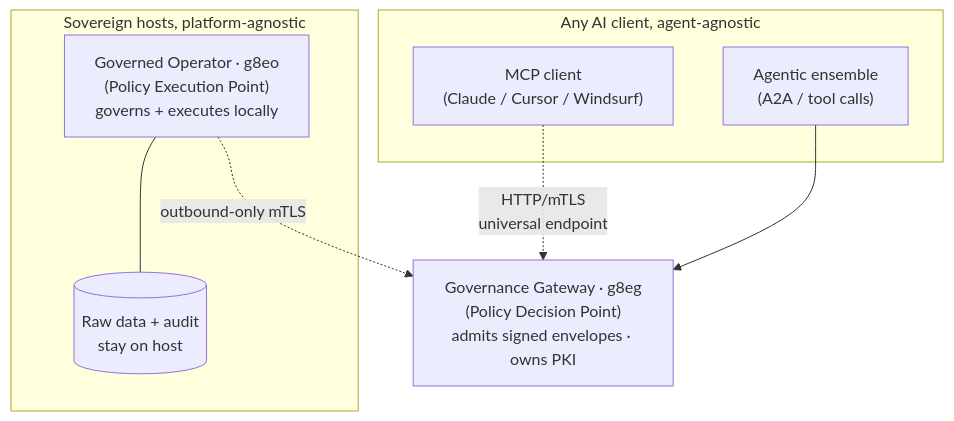
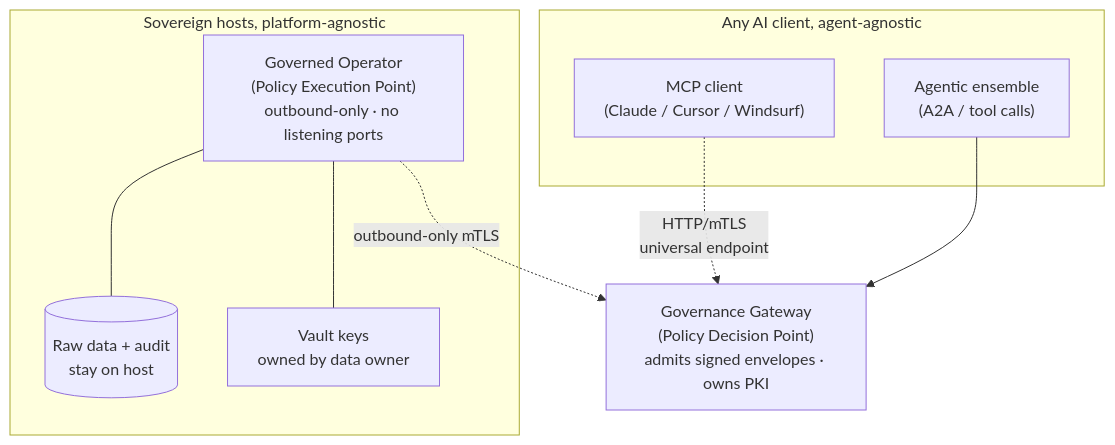
The first of 4 diagrams in README.md (g8e-ai/g8e), drawn with Mermaid before and after one commit. The commit also changed other lines of this file and 71 other files, not shown here.

First line of the commit message:
v1.3.2 - Data Governance Demo Improvements (#175)

````diff
--- a/README.md
+++ b/README.md
@@ -43,19 +65,21 @@
 ```mermaid
 graph TD
     subgraph Clients ["Any AI client, agent-agnostic"]
         C1["MCP client<br/>(Claude / Cursor / Windsurf)"]
         C2["Agentic ensemble<br/>(A2A / tool calls)"]
     end
 
-    GW["Governance Gateway · g8eg<br/>(Policy Decision Point)<br/>admits signed envelopes · owns PKI"]
+    GW["Governance Gateway<br/>(Policy Decision Point)<br/>admits signed envelopes · owns PKI"]
 
     subgraph Fleet ["Sovereign hosts, platform-agnostic"]
-        O1["Governed Operator · g8eo<br/>(Policy Execution Point)<br/>governs + executes locally"]
+        O1["Governed Operator<br/>(Policy Execution Point)<br/>outbound-only · no listening ports"]
         D1[("Raw data + audit<br/>stay on host")]
+        K1["Vault keys<br/>owned by data owner"]
         O1 --- D1
+        O1 --- K1
     end
 
     C1 -. "HTTP/mTLS<br/>universal endpoint" .-> GW
     C2 --> GW
     O1 -. "outbound-only mTLS" .-> GW
 ```
````
